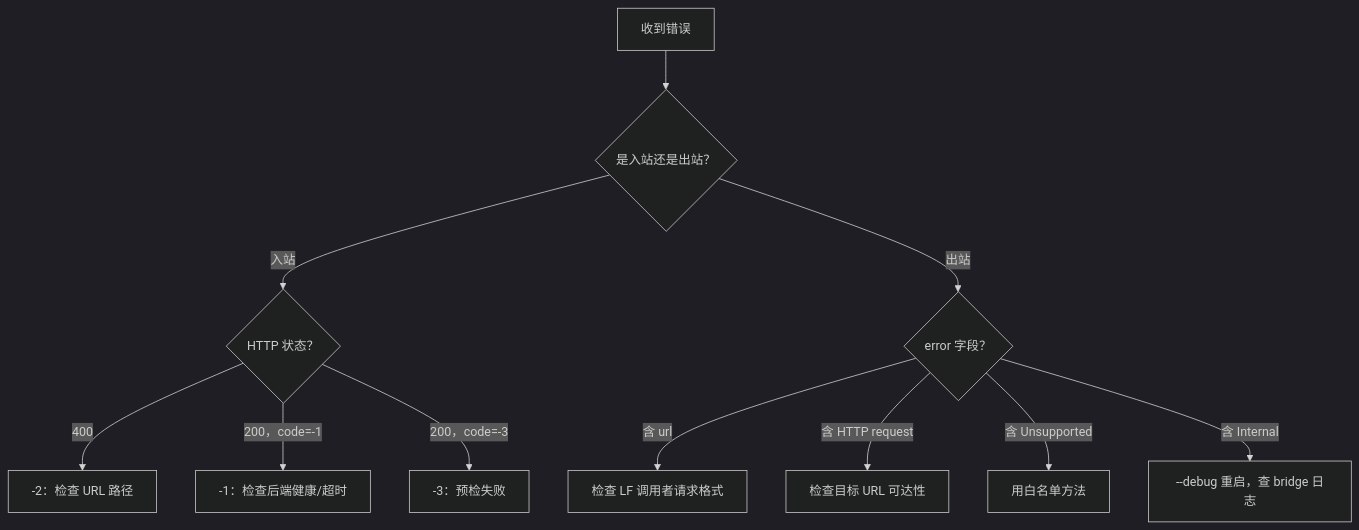
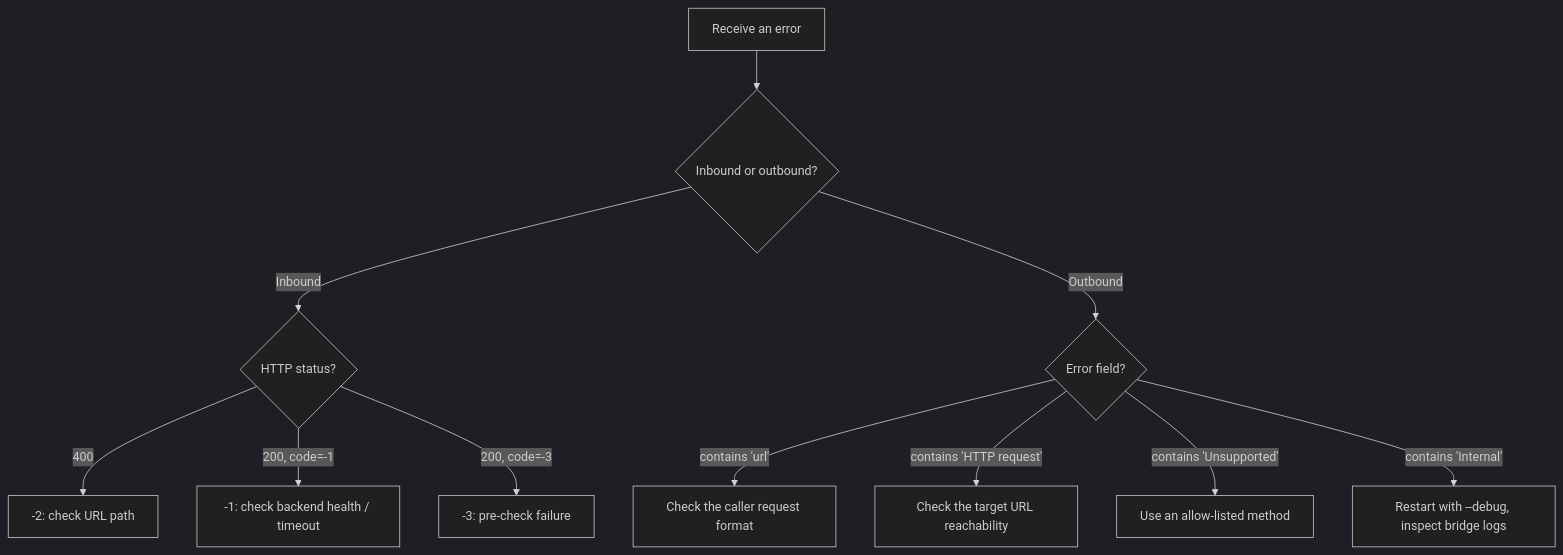
Before and after one commit to PassByYou888/LingoFuse: diagram 16 of 20 in Py/lingofuse/Bridge_User_Guide.md, drawn with Mermaid (dark theme). The commit also changed other lines of this file, not shown here.

````diff
--- a/Py/lingofuse/Bridge_User_Guide.md
+++ b/Py/lingofuse/Bridge_User_Guide.md
@@ -812,13 +988,13 @@
 ```mermaid
 flowchart TD
-    A["收到错误"] --> B{"是入站还是出站？"}
-    B -- "入站" --> C{"HTTP 状态？"}
-    C -- "400" --> C1["-2：检查 URL 路径"]
-    C -- "200，code=-1" --> C2["-1：检查后端健康/超时"]
-    C -- "200，code=-3" --> C3["-3：预检失败"]
-    B -- "出站" --> D{"error 字段？"}
-    D -- "含 url" --> D1["检查 LF 调用者请求格式"]
-    D -- "含 HTTP request" --> D2["检查目标 URL 可达性"]
-    D -- "含 Unsupported" --> D3["用白名单方法"]
-    D -- "含 Internal" --> D4["--debug 重启，查 bridge 日志"]
+    A["Receive an error"] --> B{"Inbound or outbound?"}
+    B -- "Inbound" --> C{"HTTP status?"}
+    C -- "400" --> C1["-2: check URL path"]
+    C -- "200, code=-1" --> C2["-1: check backend health / timeout"]
+    C -- "200, code=-3" --> C3["-3: pre-check failure"]
+    B -- "Outbound" --> D{"Error field?"}
+    D -- "contains 'url'" --> D1["Check the caller request format"]
+    D -- "contains 'HTTP request'" --> D2["Check the target URL reachability"]
+    D -- "contains 'Unsupported'" --> D3["Use an allow-listed method"]
+    D -- "contains 'Internal'" --> D4["Restart with --debug, inspect bridge logs"]
 ```
````
